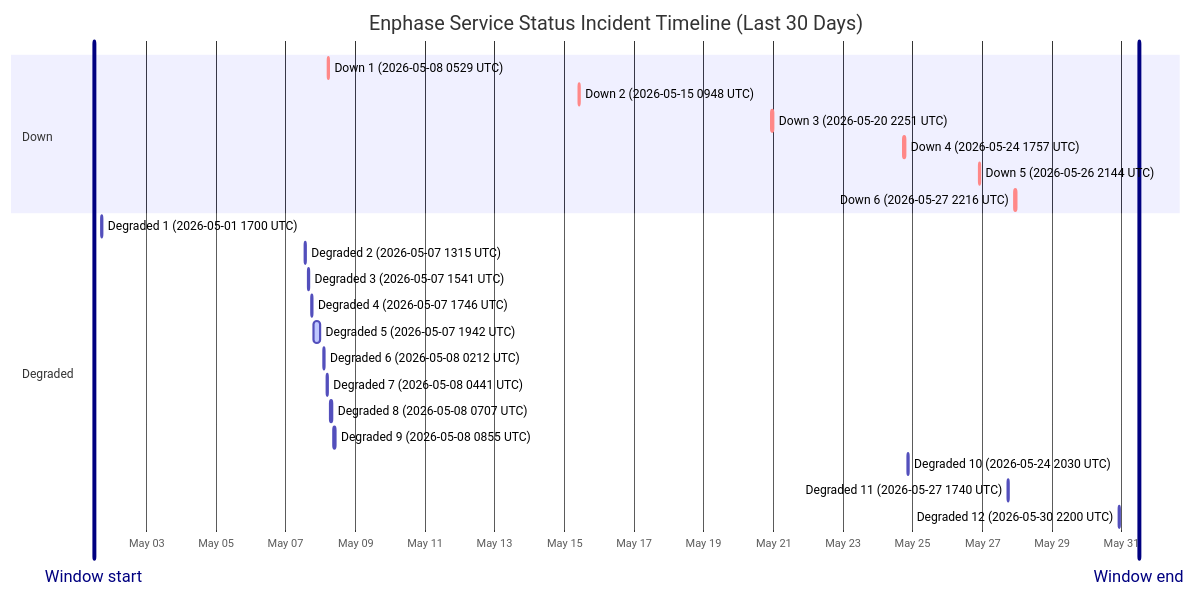
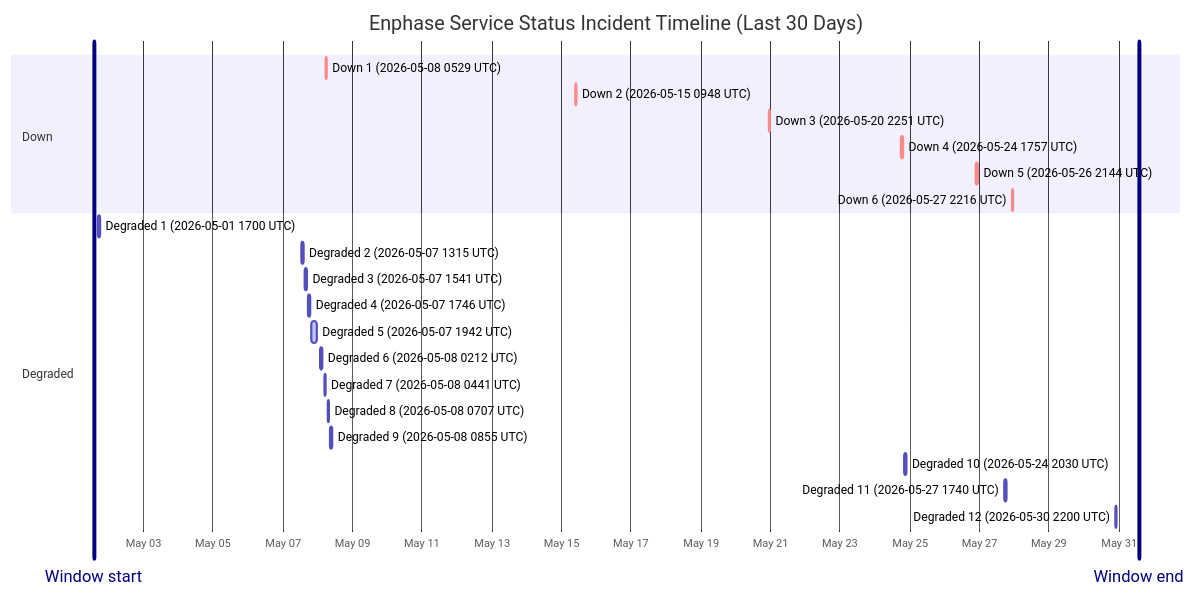
Before and after one commit to barneyonline/ha-enphase-ev-charger: the diagram in wiki/Service-Status-History.md, drawn with Mermaid. The commit also changed other lines of this file and 3 other files, not shown here.

````diff
--- a/wiki/Service-Status-History.md
+++ b/wiki/Service-Status-History.md
@@ -14,28 +14,28 @@
 ```mermaid
 gantt
     title Enphase Service Status Incident Timeline (Last 30 Days)
     dateFormat  YYYY-MM-DDTHH:mm:ss
     axisFormat  %b %d
-    Window start :vert, window-start, 2026-05-01T11:56:26, 0ms
-    Window end :vert, window-end, 2026-05-31T11:56:26, 0ms
+    Window start :vert, window-start, 2026-05-01T13:48:57, 0ms
+    Window end :vert, window-end, 2026-05-31T13:48:57, 0ms
     section Down
     Down 1 (2026-05-08 0529 UTC) :crit, down-1, 2026-05-08T05:29:47, 60m
     Down 2 (2026-05-15 0948 UTC) :crit, down-2, 2026-05-15T09:48:18, 60m
     Down 3 (2026-05-20 2251 UTC) :crit, down-3, 2026-05-20T22:51:14, 75m
     Down 4 (2026-05-24 1757 UTC) :crit, down-4, 2026-05-24T17:57:41, 86m
     Down 5 (2026-05-26 2144 UTC) :crit, down-5, 2026-05-26T21:44:11, 85m
     Down 6 (2026-05-27 2216 UTC) :crit, down-6, 2026-05-27T22:16:53, 87m
     section Degraded
     Degraded 1 (2026-05-01 1700 UTC) :active, degraded-1, 2026-05-01T17:00:22, 60m
     Degraded 2 (2026-05-07 1315 UTC) :active, degraded-2, 2026-05-07T13:15:25, 60m
     Degraded 3 (2026-05-07 1541 UTC) :active, degraded-3, 2026-05-07T15:41:58, 60m
     Degraded 4 (2026-05-07 1746 UTC) :active, degraded-4, 2026-05-07T17:46:51, 60m
     Degraded 5 (2026-05-07 1942 UTC) :active, degraded-5, 2026-05-07T19:42:10, 249m
     Degraded 6 (2026-05-08 0212 UTC) :active, degraded-6, 2026-05-08T02:12:39, 60m
     Degraded 7 (2026-05-08 0441 UTC) :active, degraded-7, 2026-05-08T04:41:46, 60m
     Degraded 8 (2026-05-08 0707 UTC) :active, degraded-8, 2026-05-08T07:07:30, 60m
     Degraded 9 (2026-05-08 0855 UTC) :active, degraded-9, 2026-05-08T08:55:20, 88m
     Degraded 10 (2026-05-24 2030 UTC) :active, degraded-10, 2026-05-24T20:30:57, 84m
     Degraded 11 (2026-05-27 1740 UTC) :active, degraded-11, 2026-05-27T17:40:52, 60m
     Degraded 12 (2026-05-30 2200 UTC) :active, degraded-12, 2026-05-30T22:00:37, 60m
 ```
````
